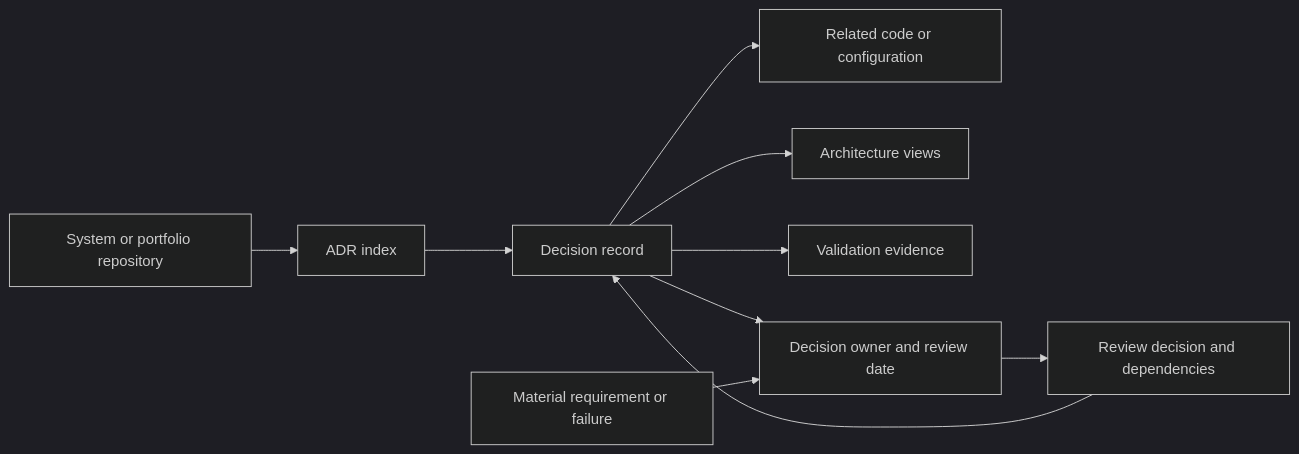
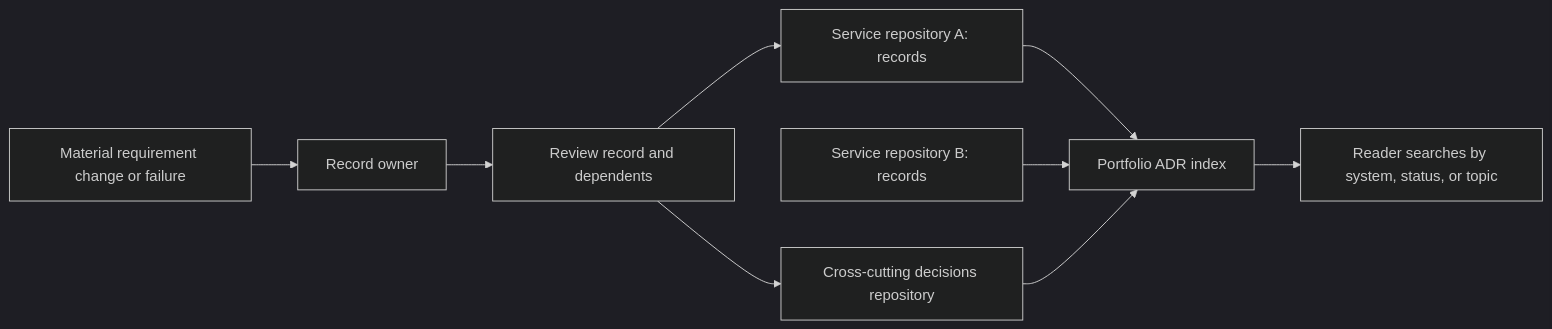
The ninth of 13 diagrams in 21_Architecture_Documentation/CH03_ADR_Architecture_Decision_Record.md (joydasss/Architect), drawn with Mermaid (dark theme) before and after one commit. The commit also changed other lines of this file and 22 other files, not shown here.

Commit message:
Architecture changes

````diff
--- a/21_Architecture_Documentation/CH03_ADR_Architecture_Decision_Record.md
+++ b/21_Architecture_Documentation/CH03_ADR_Architecture_Decision_Record.md
@@ -78,12 +515,11 @@
 ```mermaid
 flowchart LR
-    System[System or portfolio repository] --> Index[ADR index]
-    Index --> Record[Decision record]
-    Record --> Code[Related code or configuration]
-    Record --> Diagrams[Architecture views]
-    Record --> Tests[Validation evidence]
-    Record --> Owner[Decision owner and review date]
-    Change[Material requirement or failure] --> Owner
-    Owner --> Revisit[Review decision and dependencies]
-    Revisit --> Record
+    Local1["Service repository A: records"] --> Index["Portfolio ADR index"]
+    Local2["Service repository B: records"] --> Index
+    Shared["Cross-cutting decisions repository"] --> Index
+    Index --> Reader["Reader searches by system, status, or topic"]
+    Change["Material requirement change or failure"] --> Owner["Record owner"]
+    Owner --> Review["Review record and dependents"]
+    Review --> Local1
+    Review --> Shared
 ```
````
